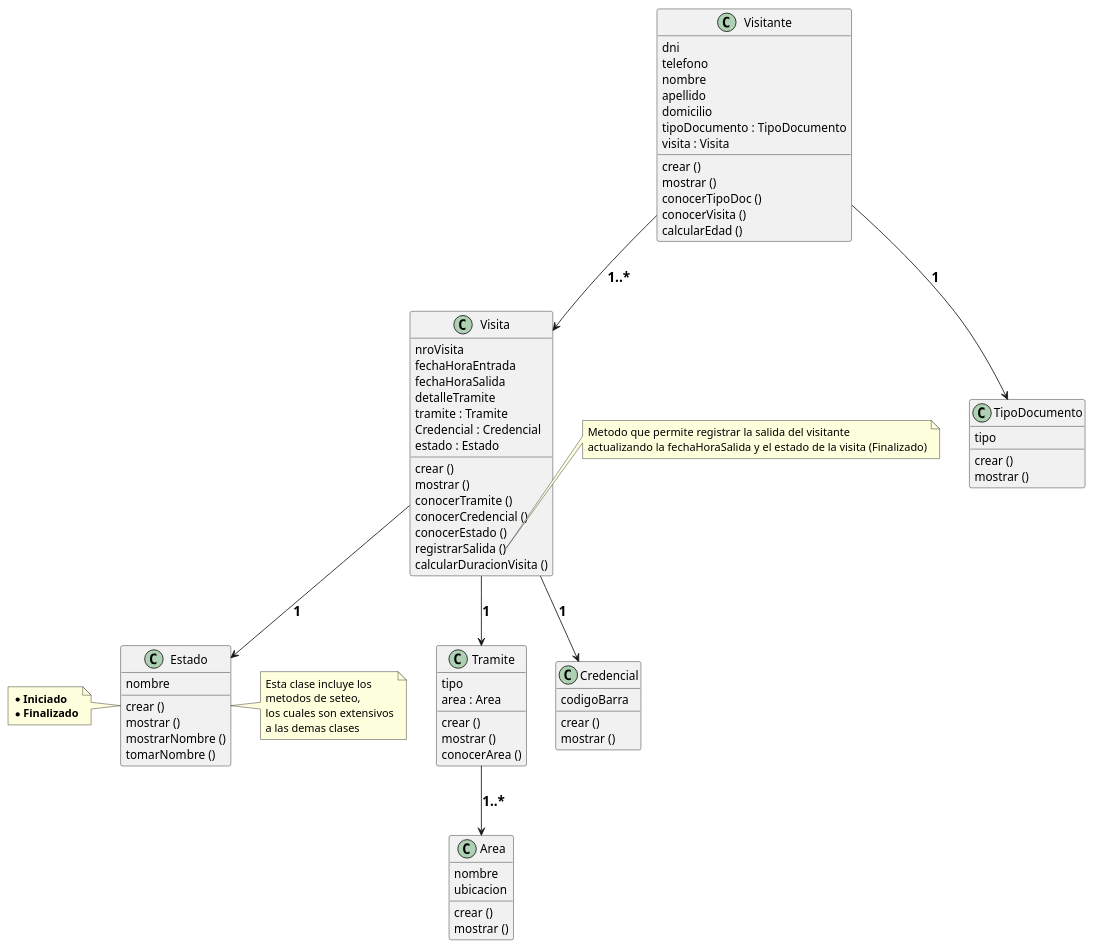
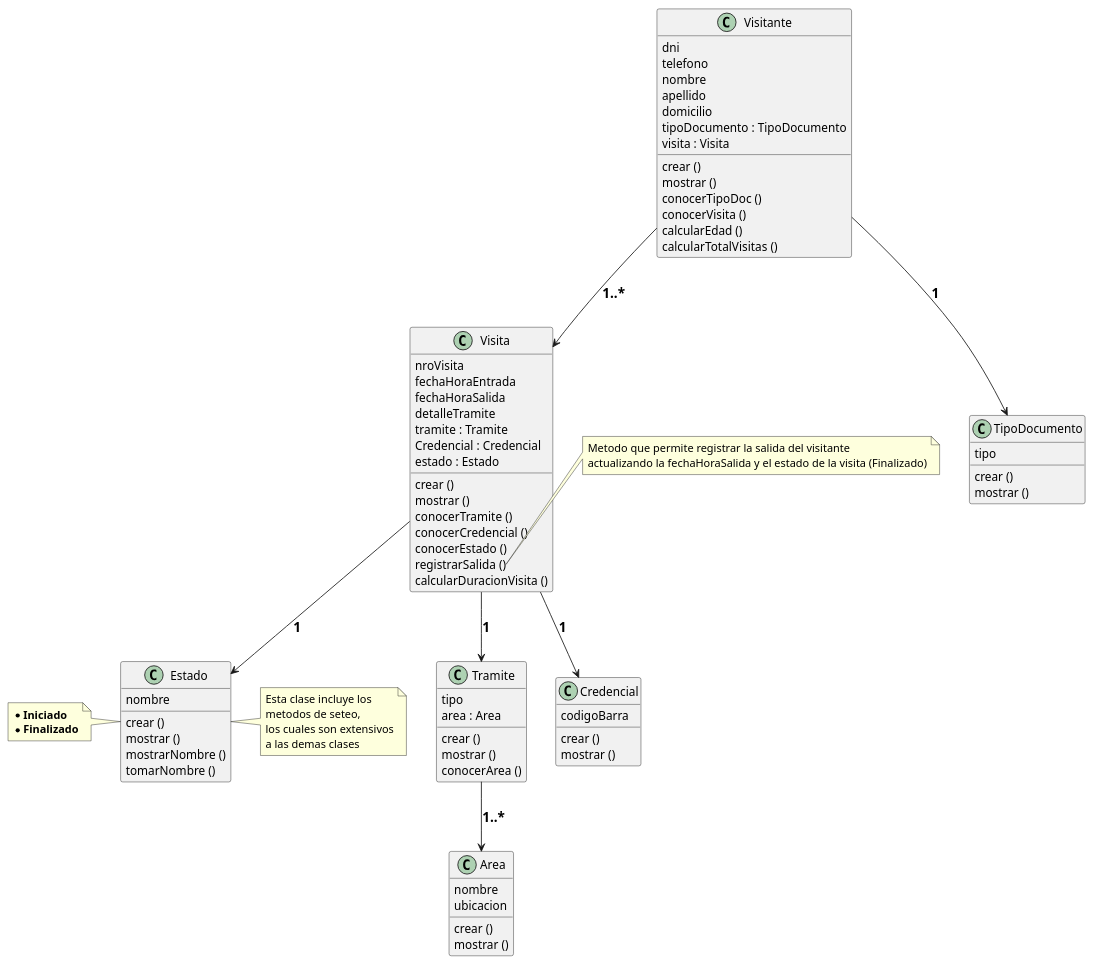
The diagram in PRACTICA_PARCIAL/CASO_MINISTERIO_SALUD/ministerio.puml (angelkemerer/diagramas-uml), drawn with PlantUML before and after one commit. The commit also changed 3 other files, not shown here.

```diff
--- a/PRACTICA_PARCIAL/CASO_MINISTERIO_SALUD/ministerio.puml
+++ b/PRACTICA_PARCIAL/CASO_MINISTERIO_SALUD/ministerio.puml
@@ -1,86 +1,87 @@
 @startuml ministerio de salud
 ' DEFINICION DE CLASES
 
 class Visitante {
     dni
     telefono
     nombre
     apellido
     domicilio
     tipoDocumento : TipoDocumento
     visita : Visita
     crear ()
     mostrar ()
     conocerTipoDoc ()
     conocerVisita ()
     calcularEdad ()
+    calcularTotalVisitas ()
 }
 class Visita {
     nroVisita
     fechaHoraEntrada
     fechaHoraSalida
     detalleTramite
     tramite : Tramite
     Credencial : Credencial
     estado : Estado
     crear ()
     mostrar ()
     conocerTramite ()
     conocerCredencial ()
     conocerEstado ()
     registrarSalida ()
     calcularDuracionVisita ()
 }
 class Area {
     nombre
     ubicacion
     crear ()
     mostrar ()
 }
 class Tramite {
     tipo
     area : Area
     crear ()
     mostrar ()
     conocerArea ()
 }
 class Credencial {
     codigoBarra
     crear ()
     mostrar ()
 }
 class Estado {
     nombre
     crear ()
     mostrar ()
     mostrarNombre ()
     tomarNombre ()
 }
 class TipoDocumento {
     tipo
     crear ()
     mostrar ()
 }
 
 ' NOTAS CON ALIAS
 note "Esta clase incluye los\nmetodos de seteo,\nlos cuales son extensivos\na las demas clases" as N1
 
 ' NOTAS CON  POSICIONAMIENTO
 note left of Estado
     * <b>Iniciado</b>
     * <b>Finalizado</b>
 end note
 note right of Visita::registrarSalida
     Metodo que permite registrar la salida del visitante
     actualizando la fechaHoraSalida y el estado de la visita (Finalizado)
 end note
 ' RELACIONES
 Estado -> N1
 Visitante --> TipoDocumento :<size: 16><b>1</b></size>
 Visitante --> Visita : <size: 16><b>1..*</b></size>
 Visita --> Tramite : <size: 16><b>1</b></size>
 Visita --> Credencial : <size: 16><b>1</b></size>
 Visita --> Estado : <size: 16><b>1</b></size>
 Tramite --> Area : <size: 16><b>1..*</b></size>
 
 @enduml
```
